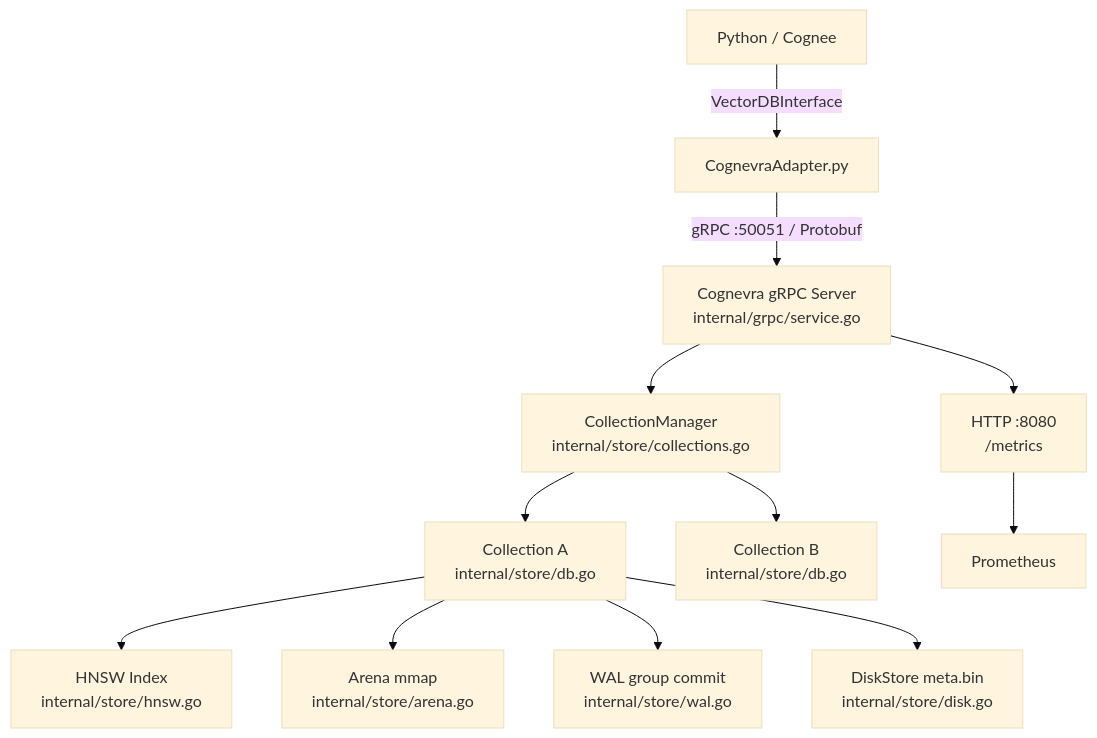
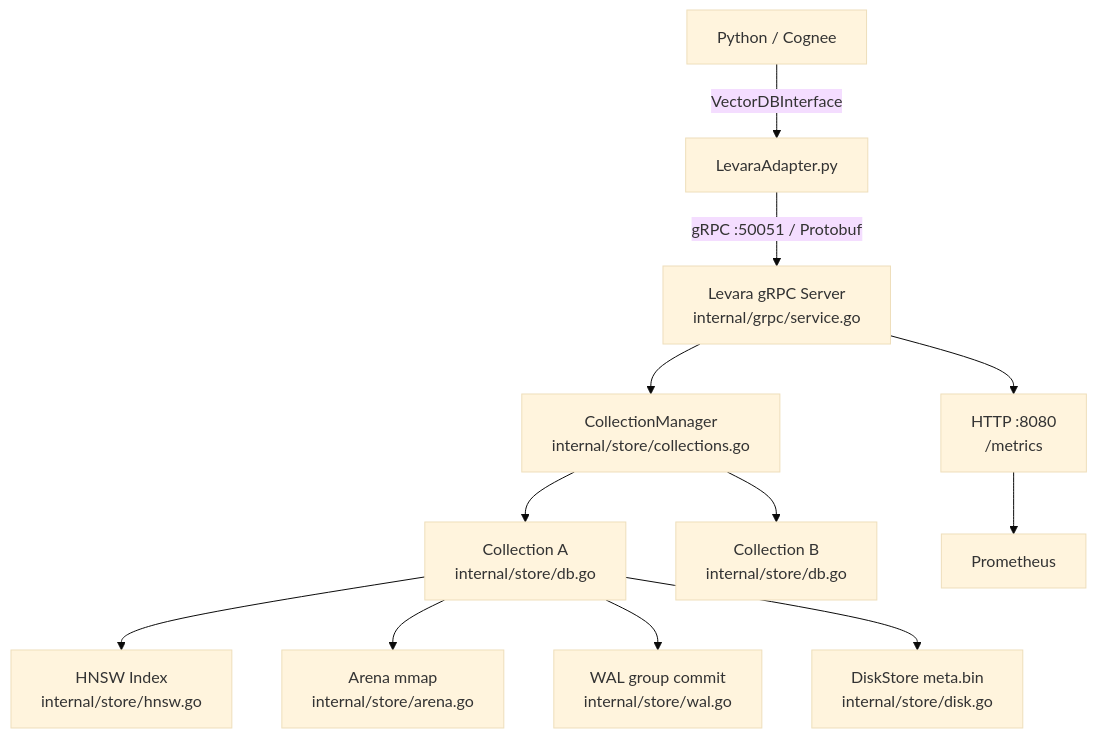
Before and after one commit to Stek0v/Levara: the diagram in ARCHITECTURE.md, drawn with Mermaid (base theme). The commit also changed other lines of this file and 8 other files, not shown here.

First line of the commit message:
rename(docs): cognevra → levara across user-visible documentation

````diff
--- a/ARCHITECTURE.md
+++ b/ARCHITECTURE.md
@@ -5,14 +5,14 @@
 ```mermaid
 flowchart TD
-    A[Python / Cognee] -->|VectorDBInterface| B[CognevraAdapter.py]
-    B -->|gRPC :50051 / Protobuf| C[Cognevra gRPC Server\ninternal/grpc/service.go]
+    A[Python / Cognee] -->|VectorDBInterface| B[LevaraAdapter.py]
+    B -->|gRPC :50051 / Protobuf| C[Levara gRPC Server\ninternal/grpc/service.go]
     C --> D[CollectionManager\ninternal/store/collections.go]
     D --> E[Collection A\ninternal/store/db.go]
     D --> F[Collection B\ninternal/store/db.go]
     E --> G[HNSW Index\ninternal/store/hnsw.go]
     E --> H[Arena mmap\ninternal/store/arena.go]
     E --> I[WAL group commit\ninternal/store/wal.go]
     E --> J[DiskStore meta.bin\ninternal/store/disk.go]
     C --> K[HTTP :8080\n/metrics]
     K --> L[Prometheus]
 ```
````
